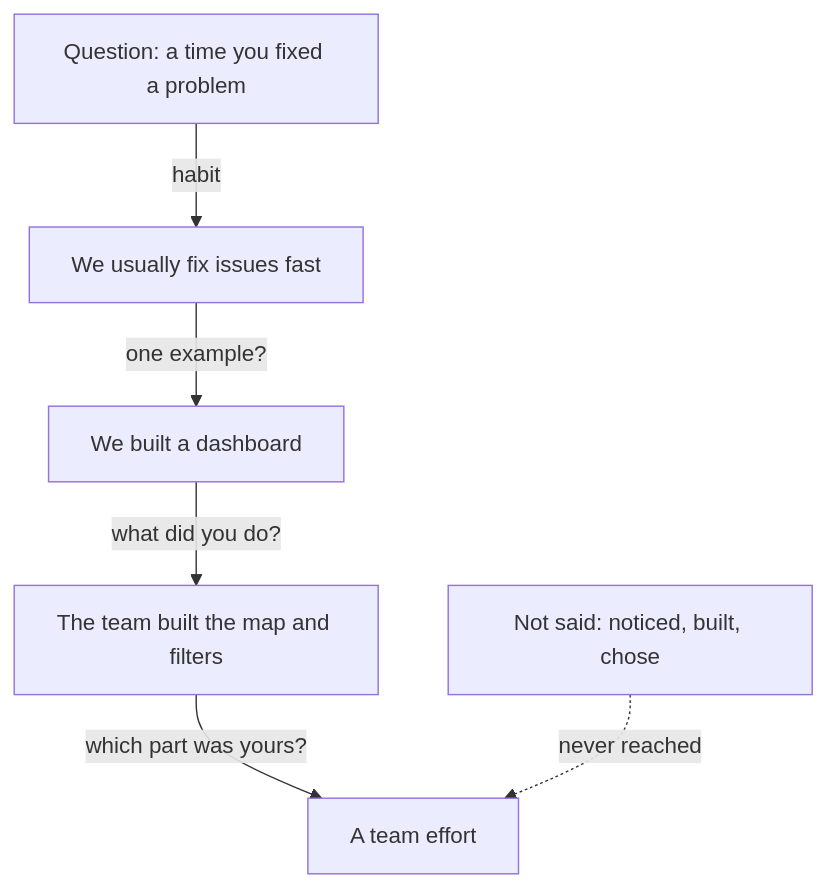
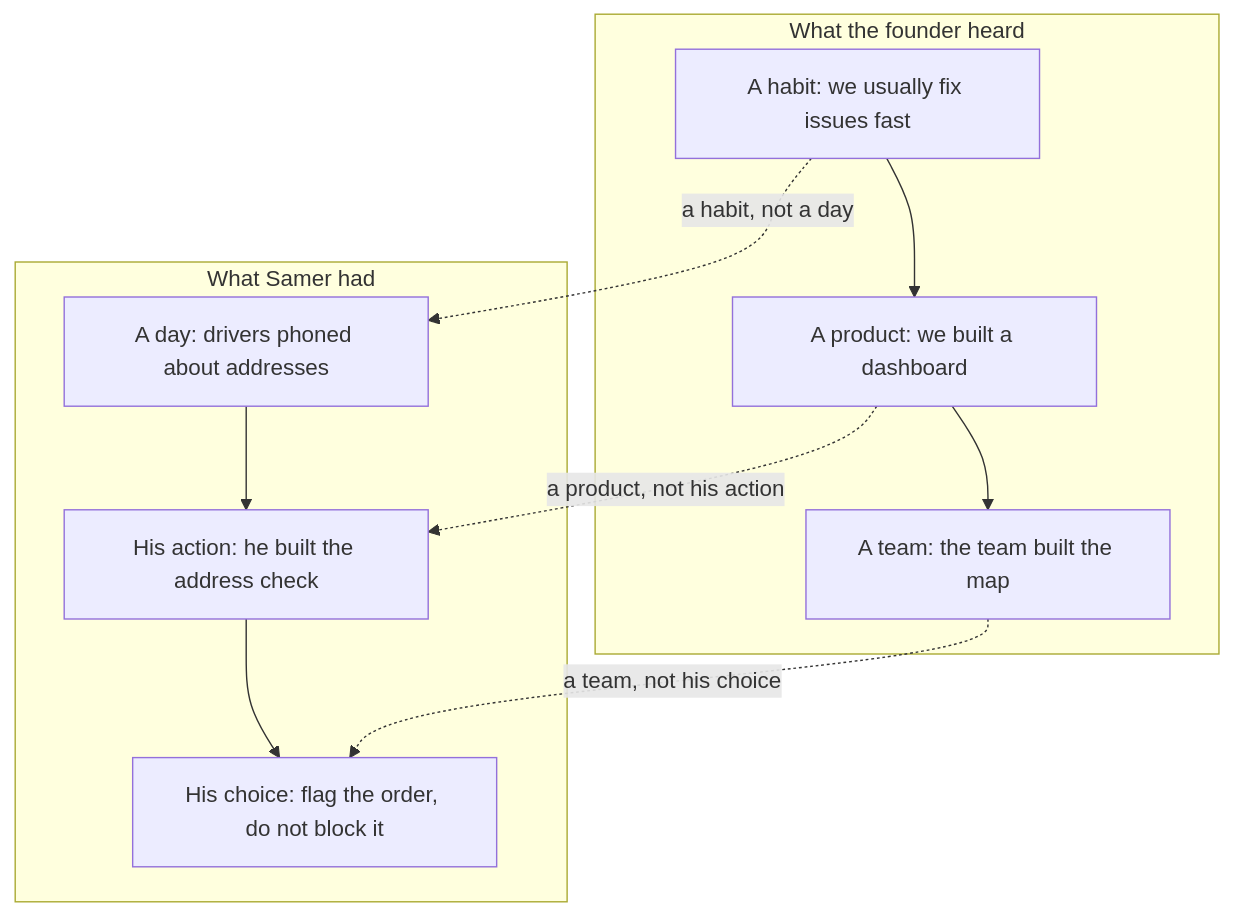
Before and after one commit to devweekends/Buildment: the diagram in courses/founder-interviews/01-stories-you-owned/01.01-set-the-scene.md, drawn with Mermaid. The commit also changed other lines of this file and 12 other files, not shown here.

````diff
--- a/courses/founder-interviews/01-stories-you-owned/01.01-set-the-scene.md
+++ b/courses/founder-interviews/01-stories-you-owned/01.01-set-the-scene.md
@@ -69,8 +69,14 @@
 ```mermaid
 flowchart TD
-  A["Question: a time you fixed a problem"] -->|"habit"| B["We usually fix issues fast"]
-  B -->|"one example?"| C["We built a dashboard"]
-  C -->|"what did you do?"| D["The team built the map and filters"]
-  D -->|"which part was yours?"| E["A team effort"]
-  F["Not said: noticed, built, chose"] -.->|"never reached"| E
+  subgraph H["What the founder heard"]
+    A["A habit: we usually fix issues fast"] --> B["A product: we built a dashboard"]
+    B --> C["A team: the team built the map"]
+  end
+  subgraph S["What Samer had"]
+    D["A day: drivers phoned about addresses"] --> E["His action: he built the address check"]
+    E --> F["His choice: flag the order, do not block it"]
+  end
+  A -.->|"a habit, not a day"| D
+  B -.->|"a product, not his action"| E
+  C -.->|"a team, not his choice"| F
 ```
````
